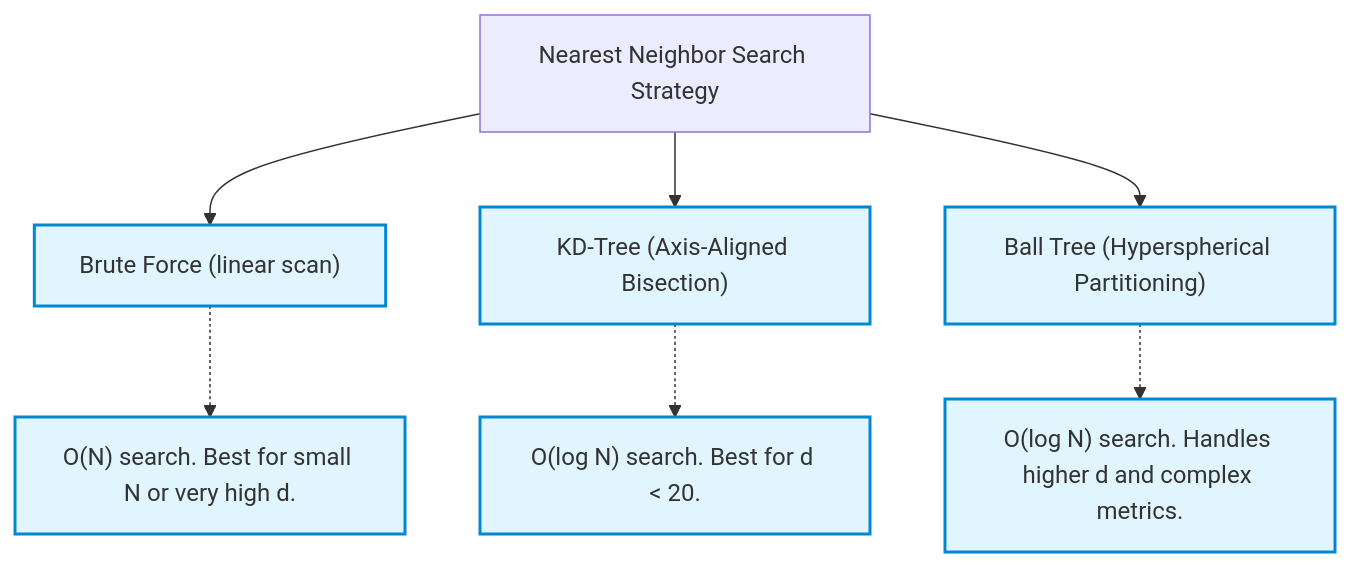
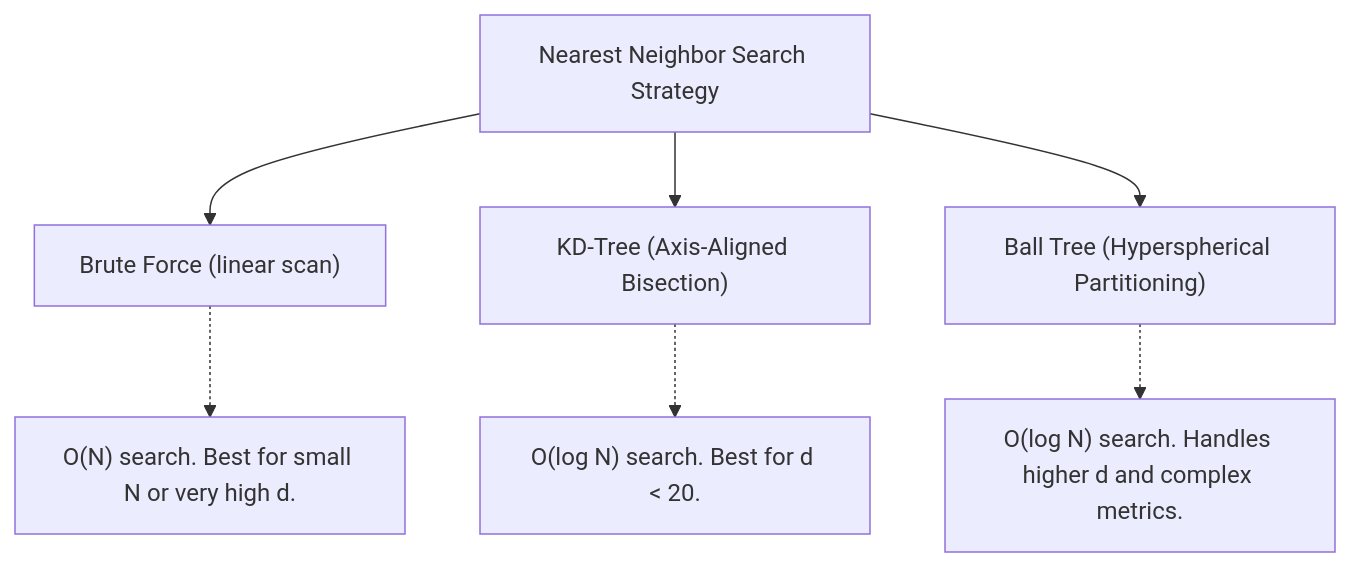
Before and after one commit to vettrivel-kl/vettrivel-kl.github.io: the second of 2 diagrams in docs/Machine-Learning-Algorithms/10-k-nearest-neighbors/02-practical-knn-and-scaling.mdx, drawn with Mermaid. The commit also changed other lines of this file and 51 other files, not shown here.

````diff
--- a/docs/Machine-Learning-Algorithms/10-k-nearest-neighbors/02-practical-knn-and-scaling.mdx
+++ b/docs/Machine-Learning-Algorithms/10-k-nearest-neighbors/02-practical-knn-and-scaling.mdx
@@ -104,14 +100,10 @@
 ```mermaid
 flowchart TD
-    classDef opt fill:#e1f5fe,stroke:#0288d1,stroke-width:2px;
-    
     A["Nearest Neighbor Search Strategy"] --> B["Brute Force (linear scan)"]
     A --> C["KD-Tree (Axis-Aligned Bisection)"]
     A --> D["Ball Tree (Hyperspherical Partitioning)"]
     
     B -.-> E["O(N) search. Best for small N or very high d."]
     C -.-> F["O(log N) search. Best for d &lt; 20."]
     D -.-> G["O(log N) search. Handles higher d and complex metrics."]
-    
-    class B,C,D,E,F,G opt;
 ```
````
